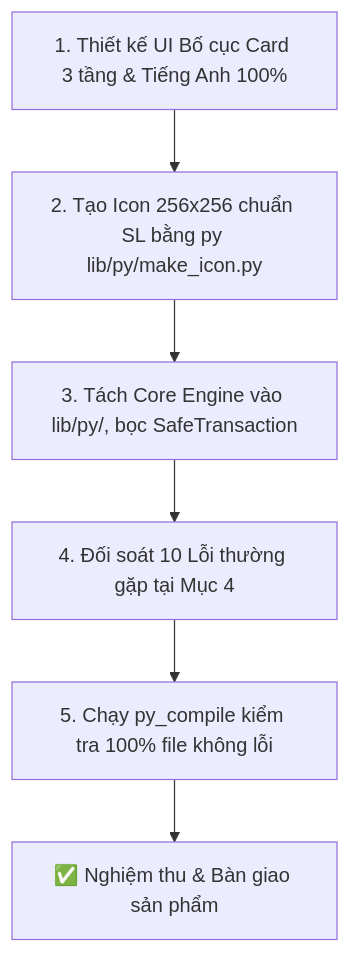
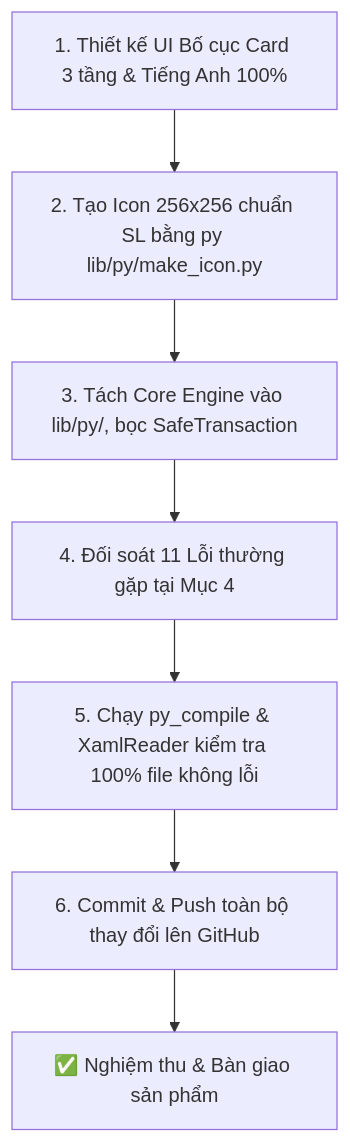
One commit to nguyen-hoang-hai/mepanana changed the diagram in docs/MEPANANA_DEVELOPER_PLAYBOOK.md. Above: the diagram before and after it, drawn with Mermaid. The commit also changed other lines of this file and 21 other files, not shown here.

````diff
--- a/docs/MEPANANA_DEVELOPER_PLAYBOOK.md
+++ b/docs/MEPANANA_DEVELOPER_PLAYBOOK.md
@@ -415,8 +423,9 @@
 ```mermaid
 graph TD
     Step1["1. Thiết kế UI Bố cục Card 3 tầng & Tiếng Anh 100%"] --> Step2["2. Tạo Icon 256x256 chuẩn SL bằng py lib/py/make_icon.py"]
     Step2 --> Step3["3. Tách Core Engine vào lib/py/, bọc SafeTransaction"]
-    Step3 --> Step4["4. Đối soát 10 Lỗi thường gặp tại Mục 4"]
-    Step4 --> Step5["5. Chạy py_compile kiểm tra 100% file không lỗi"]
-    Step5 --> Step6["✅ Nghiệm thu & Bàn giao sản phẩm"]
+    Step3 --> Step4["4. Đối soát 11 Lỗi thường gặp tại Mục 4"]
+    Step4 --> Step5["5. Chạy py_compile & XamlReader kiểm tra 100% file không lỗi"]
+    Step5 --> Step6["6. Commit & Push toàn bộ thay đổi lên GitHub"]
+    Step6 --> Step7["✅ Nghiệm thu & Bàn giao sản phẩm"]
 ```
````
